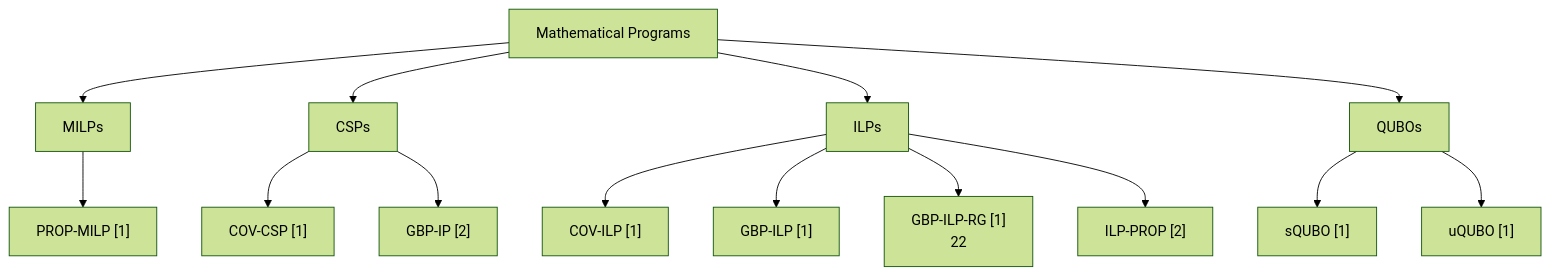
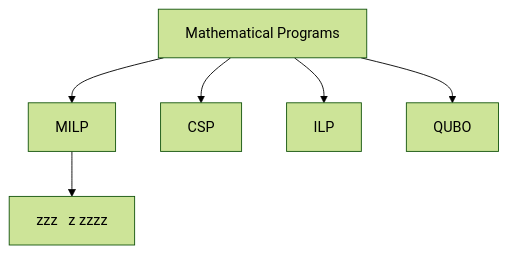
The diagram in README.md (NodesOnFire/GBP-MPs), drawn with Mermaid (forest theme) before and after one commit.

````diff
--- a/README.md
+++ b/README.md
@@ -4,16 +4,8 @@
 ```mermaid
 graph TD;
-    MPs["Mathematical Programs"] --> MILPs;
-    MPs["Mathematical Programs"] --> CSPs;
-    MPs["Mathematical Programs"] --> ILPs;
-    MPs["Mathematical Programs"] --> QUBOs;
-    MILPs --> PROP-MILP["PROP-MILP [1]"];
-    CSPs --> COV-CSP["COV-CSP [1]"];
-    CSPs --> GBP-IP["GBP-IP [2]"];
-    ILPs --> COV-ILP["COV-ILP [1]"];
-    ILPs --> GBP-ILP["GBP-ILP [1]"];
-    ILPs --> GBP-ILP-RG["GBP-ILP-RG [1]\n22"];
-    ILPs --> ILP-PROP["ILP-PROP [2]"];
-    QUBOs --> sQUBO["sQUBO [1]"];
-    QUBOs --> uQUBO["uQUBO [1]"];
+    MP["Mathematical Programs"] --> MILP;
+    MP["Mathematical Programs"] --> CSP;
+    MP["Mathematical Programs"] --> ILP;
+    MP["Mathematical Programs"] --> QUBO;
+    MILP --> PROP-MILP["zzz&nbsp;&nbsp;&nbsp;z&nbsp;zzzz"];
 ```
````
